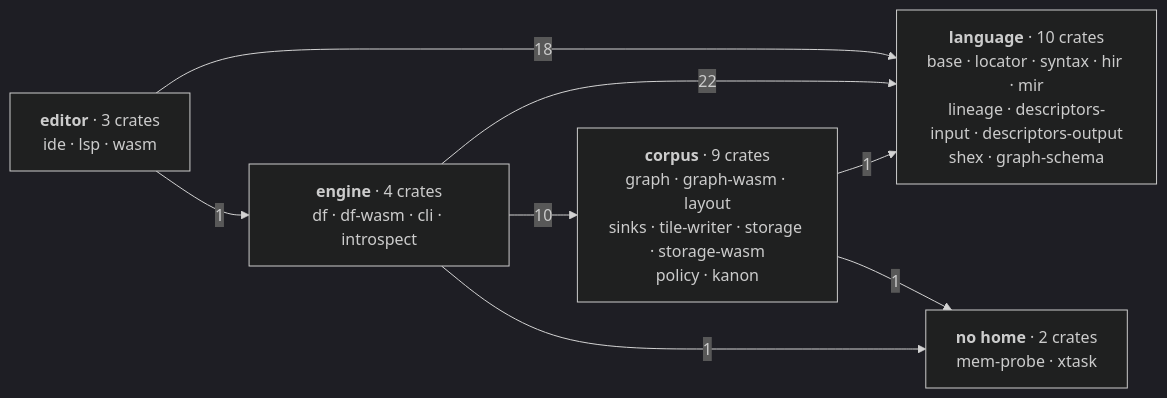
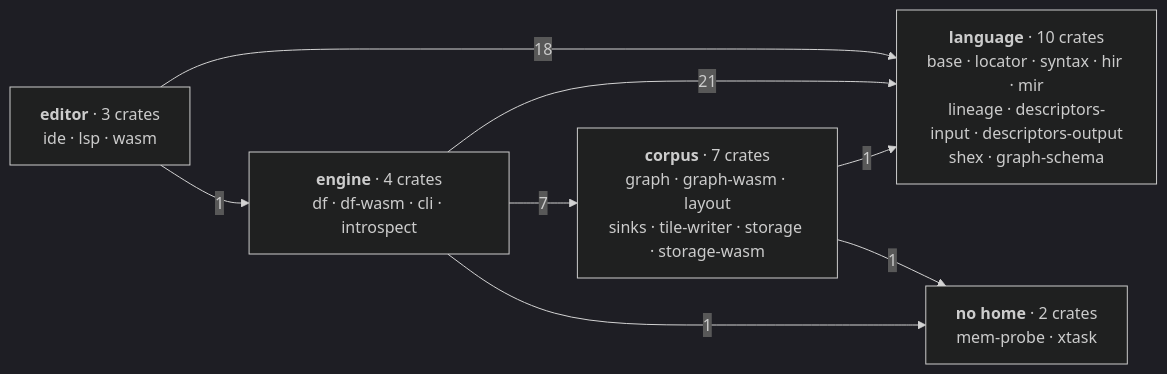
One commit to Kanzo-Tech/fossil-lang changed the first of 4 diagrams in docs/content/docs/(root)/architecture.mdx. Above: the diagram before and after it, drawn with Mermaid (dark theme). The commit also changed other lines of this file and 12 other files, not shown here.

````diff
--- a/docs/content/docs/(root)/architecture.mdx
+++ b/docs/content/docs/(root)/architecture.mdx
@@ -144,16 +141,16 @@
 ```mermaid
 graph LR
   L["<b>language</b> · 10 crates<br/>base · locator · syntax · hir · mir<br/>lineage · descriptors-input · descriptors-output<br/>shex · graph-schema"]
   E["<b>editor</b> · 3 crates<br/>ide · lsp · wasm"]
   M["<b>engine</b> · 4 crates<br/>df · df-wasm · cli · introspect"]
-  C["<b>corpus</b> · 9 crates<br/>graph · graph-wasm · layout<br/>sinks · tile-writer · storage · storage-wasm<br/>policy · kanon"]
+  C["<b>corpus</b> · 7 crates<br/>graph · graph-wasm · layout<br/>sinks · tile-writer · storage · storage-wasm"]
   X["<b>no home</b> · 2 crates<br/>mem-probe · xtask"]
 
   E -->|18| L
   E -->|1| M
-  M -->|22| L
-  M -->|10| C
+  M -->|21| L
+  M -->|7| C
   C -->|1| L
   M -->|1| X
   C -->|1| X
 ```
````
